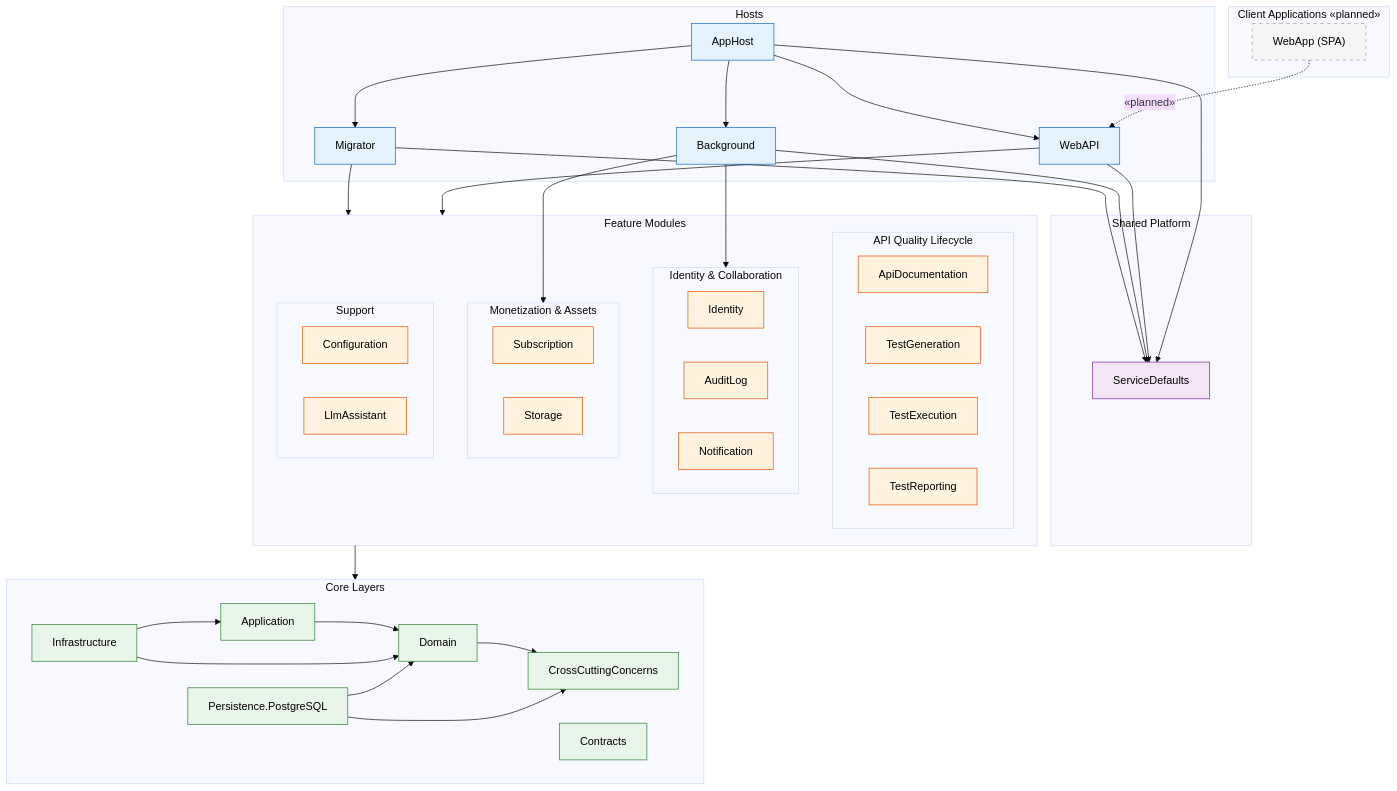
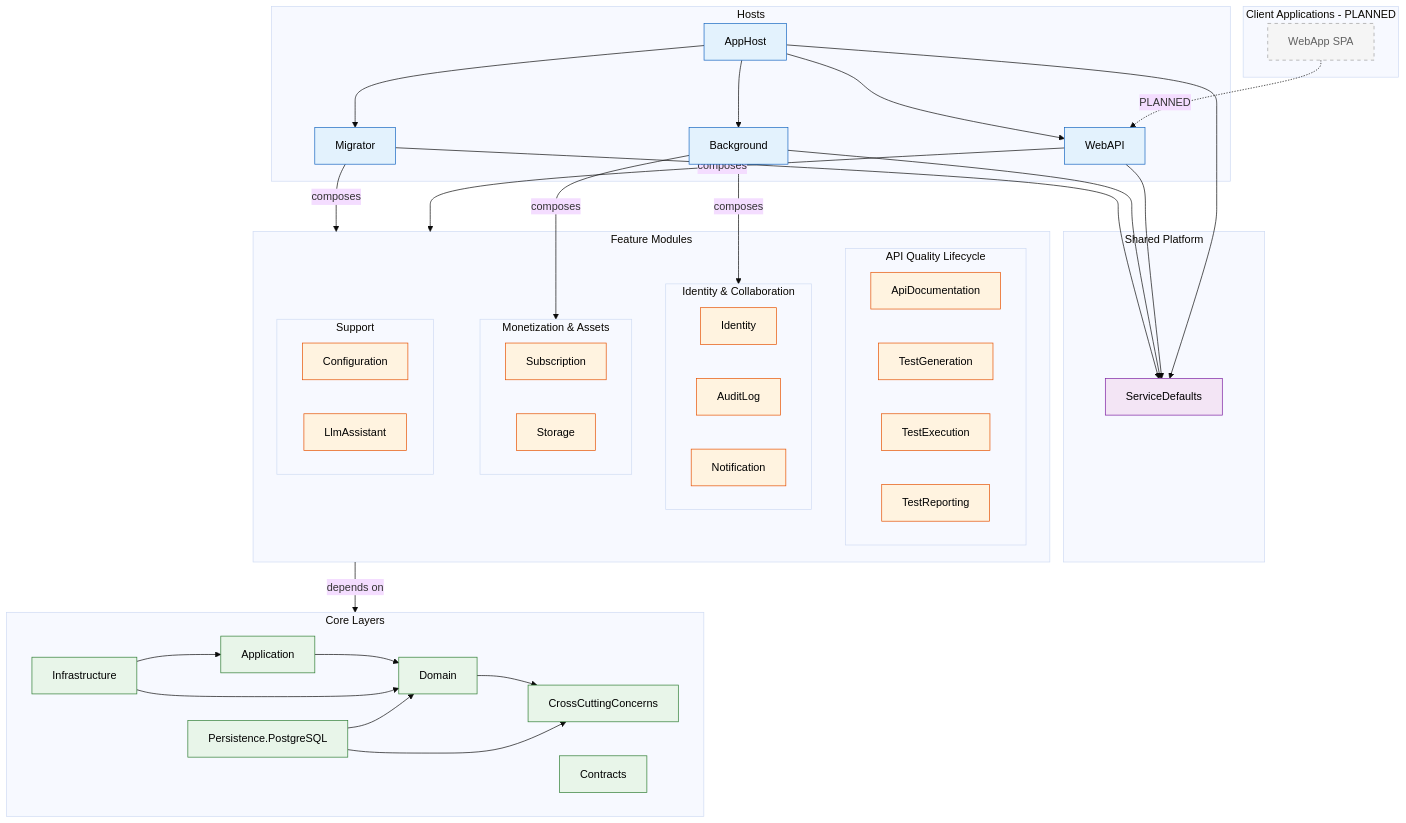
The first of 5 diagrams in docs/architecture/UML_PACKAGE_DIAGRAM_SOURCE.md (tinse-22/GSP26SE43.ModularMonolith), drawn with Mermaid (base theme) before and after one commit. The commit also changed other lines of this file and 1 other file, not shown here.

````diff
--- a/docs/architecture/UML_PACKAGE_DIAGRAM_SOURCE.md
+++ b/docs/architecture/UML_PACKAGE_DIAGRAM_SOURCE.md
@@ -514,7 +181,7 @@
 ```mermaid
-graph TB
-    subgraph ClientApps["Client Applications «planned»"]
-        WebApp["WebApp (SPA)"]
+flowchart TB
+    subgraph ClientApps["Client Applications - PLANNED"]
+        WebApp["WebApp SPA"]
     end
 
     subgraph Hosts["Hosts"]
@@ -559,8 +226,8 @@
         CCC["CrossCuttingConcerns"]
     end
 
-    %% Client Application to Host
-    WebApp -.->|«planned»| WebAPI
+    %% Client to Host - planned
+    WebApp -.->|PLANNED| WebAPI
 
     %% Host orchestration
     AppHost --> WebAPI
@@ -571,16 +238,16 @@
     Background --> ServiceDefaults
     Migrator --> ServiceDefaults
 
-    %% Hosts → Modules (simplified)
-    WebAPI --> Modules
-    Background --> BC_ID
-    Background --> BC_MON
-    Migrator --> Modules
+    %% Hosts compose modules - simplified grouped edges
+    WebAPI -->|composes| Modules
+    Background -->|composes| BC_ID
+    Background -->|composes| BC_MON
+    Migrator -->|composes| Modules
 
-    %% Modules → Core (all modules share same deps)
-    Modules --> Core
+    %% All modules depend on Core
+    Modules -->|depends on| Core
 
-    %% Core internal
+    %% Core internal layering
     Application --> Domain
     Domain --> CCC
     Infrastructure --> Application
@@ -592,7 +259,7 @@
     classDef module fill:#FFF3E0,stroke:#E65100,color:#000
     classDef core fill:#E8F5E9,stroke:#2E7D32,color:#000
     classDef shared fill:#F3E5F5,stroke:#7B1FA2,color:#000
-    classDef planned fill:#F5F5F5,stroke:#9E9E9E,stroke-dasharray: 5 5,color:#000
+    classDef planned fill:#F5F5F5,stroke:#9E9E9E,stroke-dasharray:5 5,color:#616161
 
     class WebApp planned
     class AppHost,WebAPI,Background,Migrator host
````
